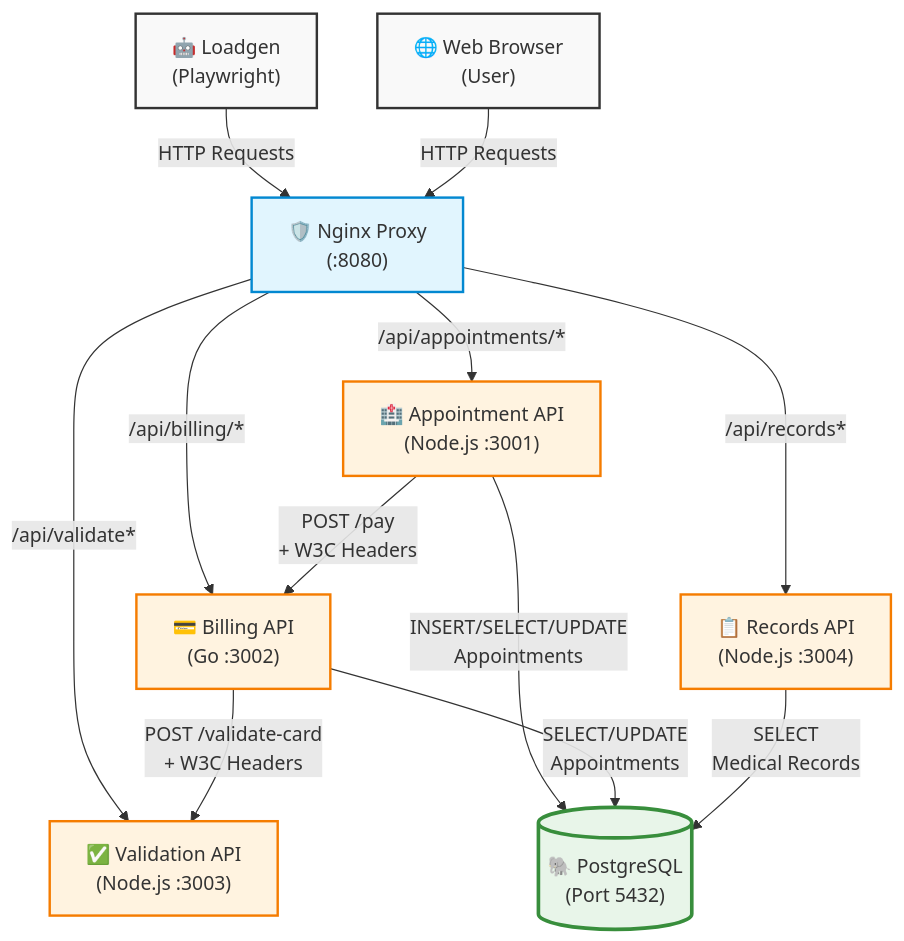
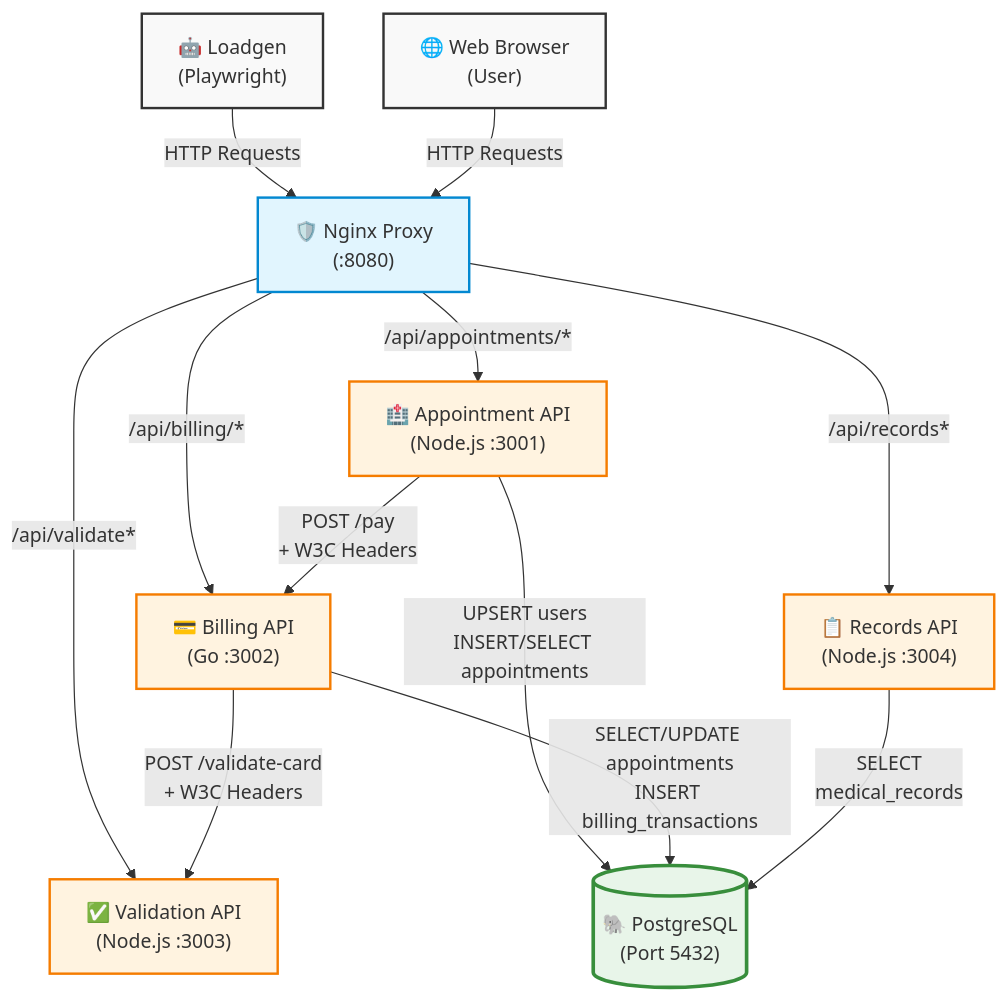
The diagram in README.md (pararadiptaa/mediora), drawn with Mermaid before and after one commit. The commit also changed other lines of this file, not shown here.

````diff
--- a/README.md
+++ b/README.md
@@ -13,40 +13,40 @@
 ```mermaid
 graph TD
     %% Define styles
     classDef client fill:#f9f9f9,stroke:#333,stroke-width:2px;
     classDef proxy fill:#e1f5fe,stroke:#0288d1,stroke-width:2px;
     classDef service fill:#fff3e0,stroke:#f57c00,stroke-width:2px;
     classDef db fill:#e8f5e9,stroke:#388e3c,stroke-width:3px;
 
     %% Nodes
     Loadgen["🤖 Loadgen<br/>(Playwright)"]:::client
     Browser["🌐 Web Browser<br/>(User)"]:::client
     
     Nginx["🛡️ Nginx Proxy<br/>(:8080)"]:::proxy
     
     ApptAPI["🏥 Appointment API<br/>(Node.js :3001)"]:::service
     BillingAPI["💳 Billing API<br/>(Go :3002)"]:::service
     ValidationAPI["✅ Validation API<br/>(Node.js :3003)"]:::service
     RecordsAPI["📋 Records API<br/>(Node.js :3004)"]:::service
     
     Postgres[("🐘 PostgreSQL<br/>(Port 5432)")]:::db
 
     %% Connections - Clients to Proxy
     Loadgen -->|HTTP Requests| Nginx
     Browser -->|HTTP Requests| Nginx
     
     %% Connections - Proxy to Services
     Nginx -->|/api/appointments/*| ApptAPI
     Nginx -->|/api/billing/*| BillingAPI
     Nginx -->|/api/validate*| ValidationAPI
     Nginx -->|/api/records*| RecordsAPI
     
     %% Service-to-Service Connections
     ApptAPI -->|POST /pay<br/>+ W3C Headers| BillingAPI
     BillingAPI -->|POST /validate-card<br/>+ W3C Headers| ValidationAPI
     
     %% Database Connections
-    ApptAPI -->|INSERT/SELECT/UPDATE<br/>Appointments| Postgres
-    BillingAPI -->|SELECT/UPDATE<br/>Appointments| Postgres
-    RecordsAPI -->|SELECT<br/>Medical Records| Postgres
+    ApptAPI -->|UPSERT users<br/>INSERT/SELECT appointments| Postgres
+    BillingAPI -->|SELECT/UPDATE appointments<br/>INSERT billing_transactions| Postgres
+    RecordsAPI -->|SELECT<br/>medical_records| Postgres
 ```
````
